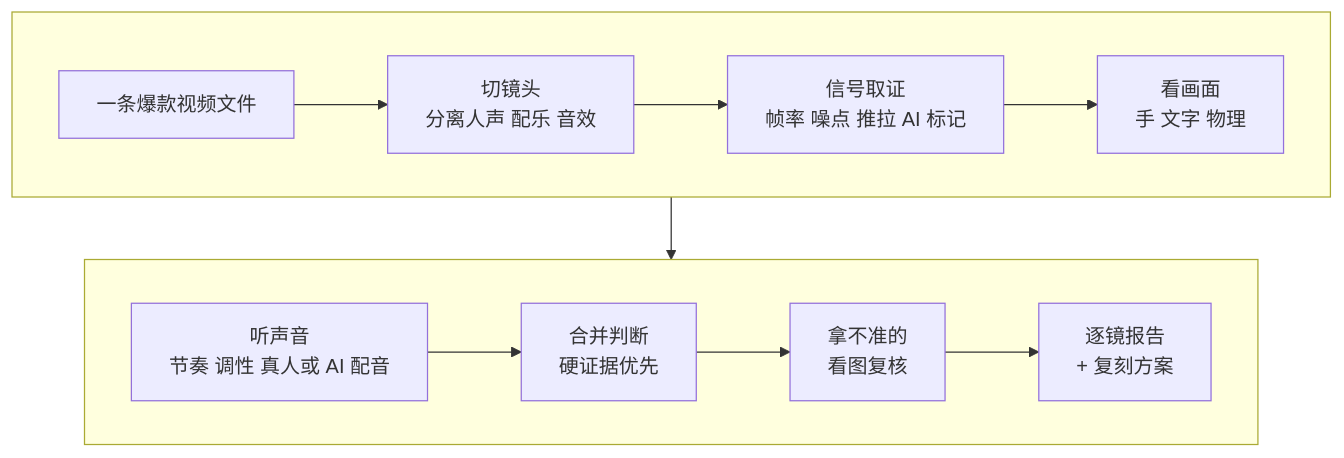
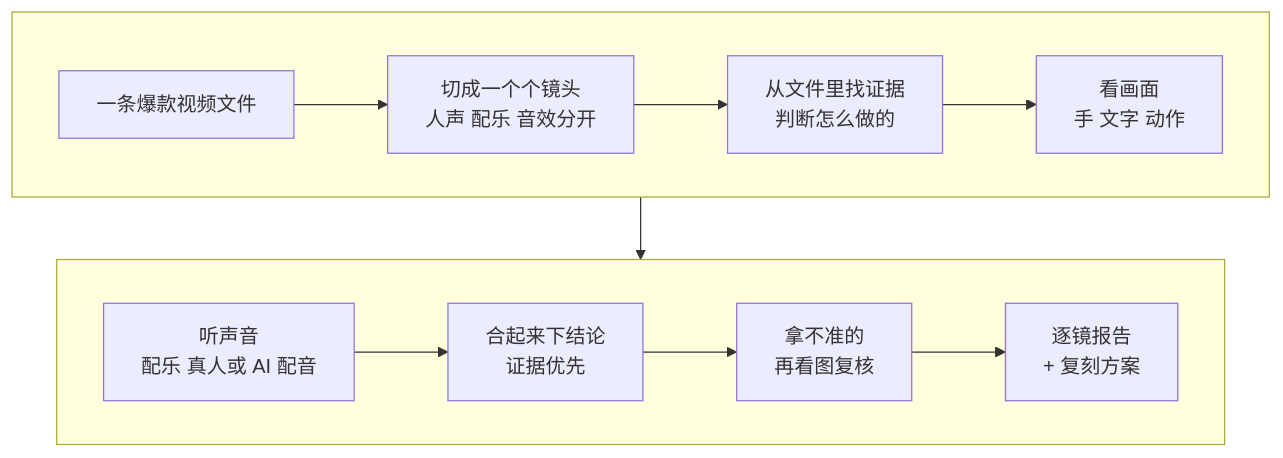
One commit to JuneYaooo/media-teach changed the diagram in 自媒体教程/课程/3-1-用rea-video逐镜拆解.md. Above: the diagram before and after it, drawn with Mermaid. The commit also changed other lines of this file and 46 other files, not shown here.

````diff
--- a/自媒体教程/课程/3-1-用rea-video逐镜拆解.md
+++ b/自媒体教程/课程/3-1-用rea-video逐镜拆解.md
@@ -17,12 +19,12 @@
 ```mermaid
 flowchart TB
   subgraph R1[" "]
     direction LR
-    A[一条爆款视频文件] --> B[切镜头<br>分离人声 配乐 音效] --> C[信号取证<br>帧率 噪点 推拉 AI 标记] --> D[看画面<br>手 文字 物理]
+    A[一条爆款视频文件] --> B[切成一个个镜头<br>人声 配乐 音效分开] --> C[从文件里找证据<br>判断怎么做的] --> D[看画面<br>手 文字 动作]
   end
   subgraph R2[" "]
     direction LR
-    E[听声音<br>节奏 调性 真人或 AI 配音] --> F[合并判断<br>硬证据优先] --> G[拿不准的<br>看图复核] --> H[逐镜报告<br>+ 复刻方案]
+    E[听声音<br>配乐 真人或 AI 配音] --> F[合起来下结论<br>证据优先] --> G[拿不准的<br>再看图复核] --> H[逐镜报告<br>+ 复刻方案]
   end
   R1 --> R2
 ```
````
